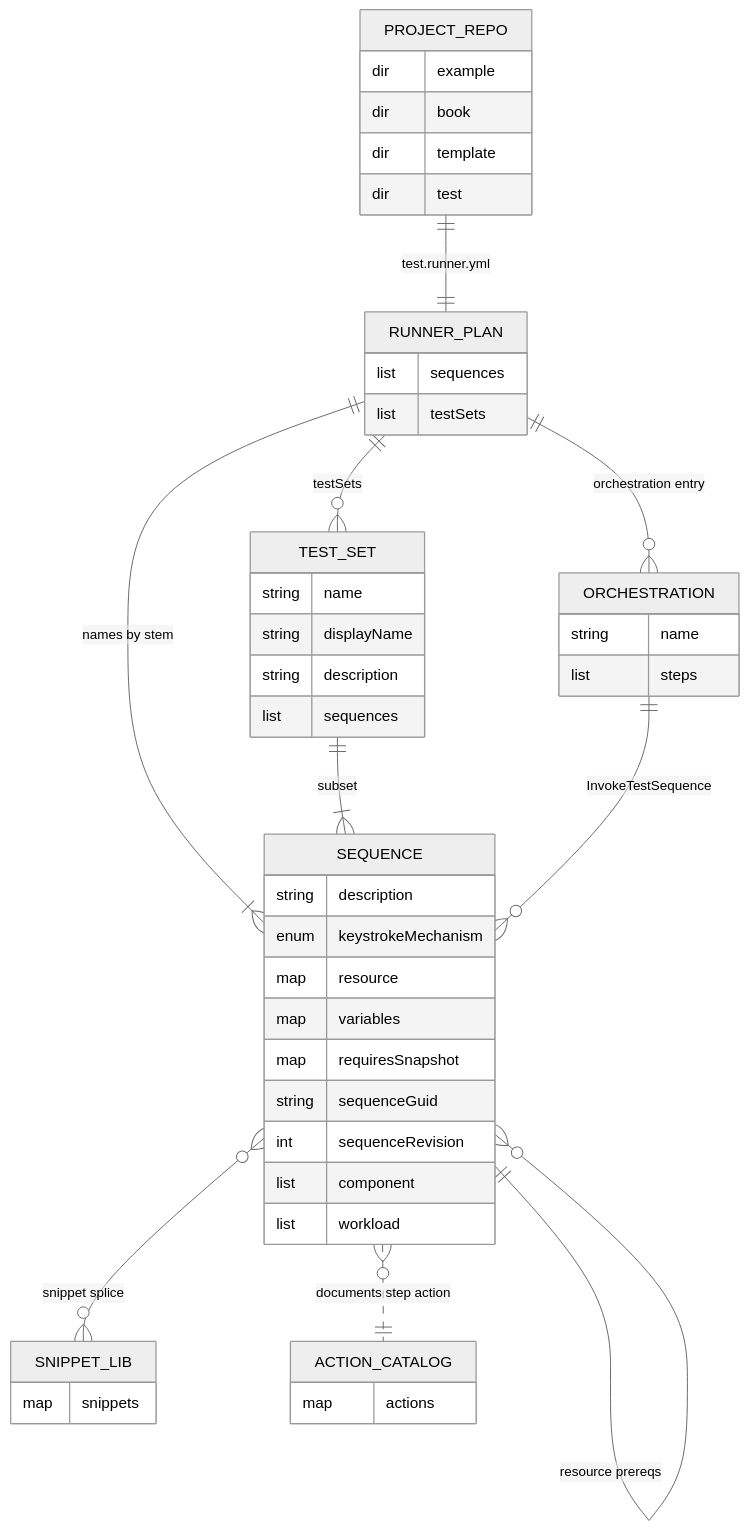
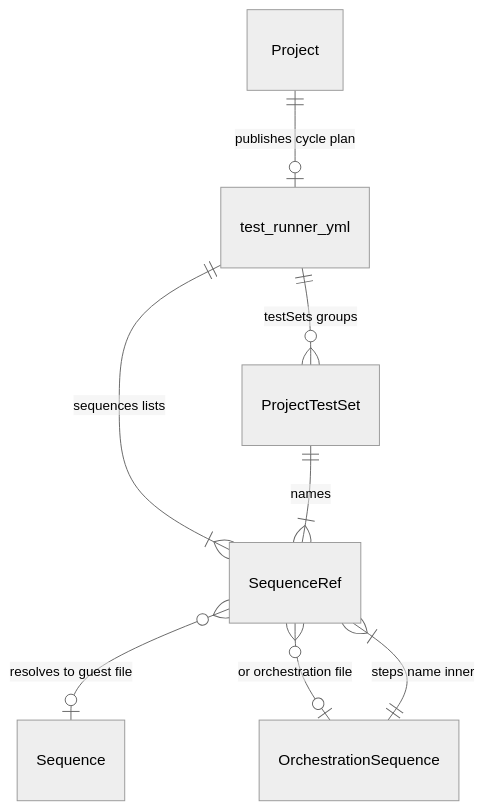
The fourth of 10 diagrams in docs/design/05-data-model.md (alissonsol/yuruna), drawn with Mermaid (neutral theme) before and after one commit. The commit also changed other lines of this file and 635 other files, not shown here.

````diff
--- a/docs/design/05-data-model.md
+++ b/docs/design/05-data-model.md
@@ -169,50 +224,10 @@
 ```mermaid
 erDiagram
-    PROJECT_REPO ||--|| RUNNER_PLAN : "test.runner.yml"
-    RUNNER_PLAN ||--o{ TEST_SET : "testSets"
-    RUNNER_PLAN ||--|{ SEQUENCE : "names by stem"
-    RUNNER_PLAN ||--o{ ORCHESTRATION : "orchestration entry"
-    TEST_SET ||--|{ SEQUENCE : "subset"
-    ORCHESTRATION ||--o{ SEQUENCE : "InvokeTestSequence"
-    SEQUENCE ||--o{ SEQUENCE : "resource prereqs"
-    SEQUENCE }o--o{ SNIPPET_LIB : "snippet splice"
-    SEQUENCE }o..|| ACTION_CATALOG : "documents step action"
-
-    PROJECT_REPO {
-        dir example
-        dir book
-        dir template
-        dir test
-    }
-    RUNNER_PLAN {
-        list sequences
-        list testSets
-    }
-    TEST_SET {
-        string name
-        string displayName
-        string description
-        list sequences
-    }
-    SEQUENCE {
-        string description
-        enum keystrokeMechanism
-        map resource
-        map variables
-        map requiresSnapshot
-        string sequenceGuid
-        int sequenceRevision
-        list component
-        list workload
-    }
-    ORCHESTRATION {
-        string name
-        list steps
-    }
-    SNIPPET_LIB {
-        map snippets
-    }
-    ACTION_CATALOG {
-        map actions
-    }
+    Project ||--o| test_runner_yml : "publishes cycle plan"
+    test_runner_yml ||--|{ SequenceRef : "sequences lists"
+    test_runner_yml ||--o{ ProjectTestSet : "testSets groups"
+    ProjectTestSet ||--|{ SequenceRef : "names"
+    SequenceRef }o--o| Sequence : "resolves to guest file"
+    SequenceRef }o--o| OrchestrationSequence : "or orchestration file"
+    OrchestrationSequence ||--|{ SequenceRef : "steps name inner"
 ```
````
